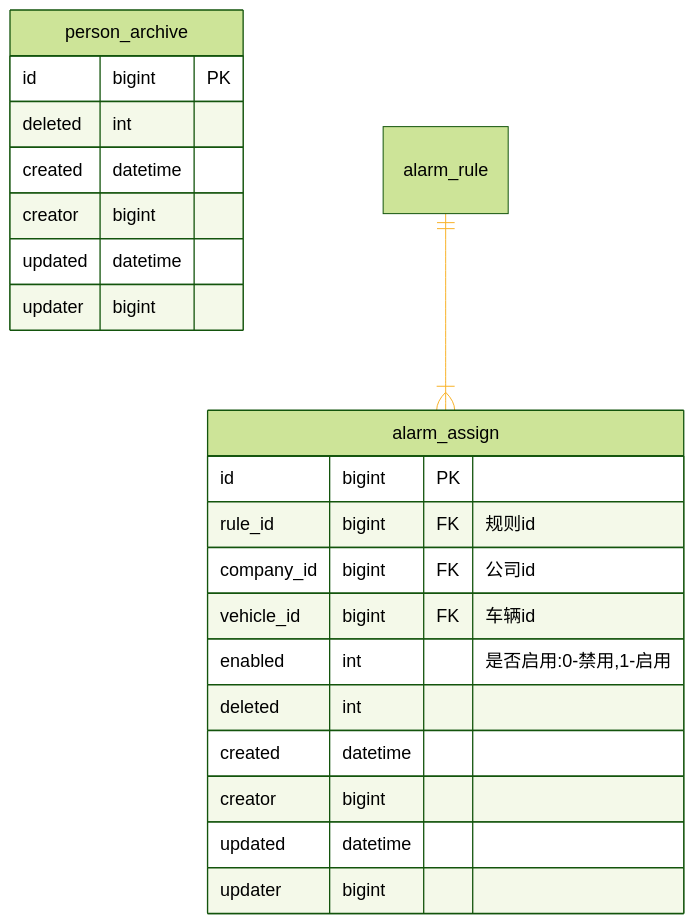
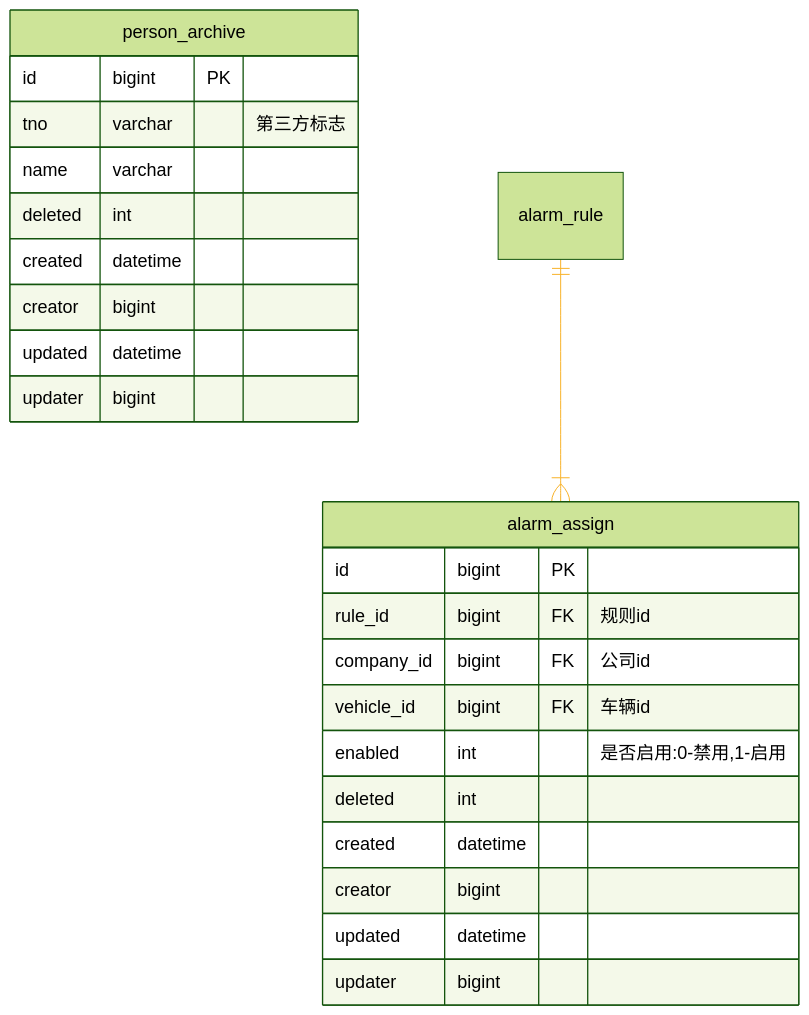
The diagram in ga/JQFX.md (luoyh/obsidian-sync), drawn with Mermaid before and after one commit.

Commit message:
vault backup: 2024-09-11 12:39:47

````diff
--- a/ga/JQFX.md
+++ b/ga/JQFX.md
@@ -4,42 +4,43 @@
 ```mermaid
 %%{
     init: {
         'theme': 'forest', 
         'themeVariables': { 
             'fontSize': '18px', 
             'fontFamily': 'Consolas',  
             'primaryColor': '#BB2528', 
             'primaryTextColor': '#fff', 
             'primaryBorderColor': '#7C0000', 
             'lineColor': '#F8B229', 
             'secondaryColor': '#006100', 
             'tertiaryColor': '#fff'
         }
     }
 }%%
 
 erDiagram
     person_archive {
         id bigint PK
-        
+        tno varchar "第三方标志"
+        name varchar ""
         deleted int
         created datetime
         creator bigint
         updated datetime
         updater bigint
     }    
     
     alarm_assign {
         id bigint PK
         rule_id bigint FK "规则id"
         company_id bigint FK "公司id"
         vehicle_id bigint FK "车辆id"
         enabled int "是否启用:0-禁用,1-启用"
         deleted int
         created datetime
         creator bigint
         updated datetime
         updater bigint
     }
     alarm_rule ||--|{ alarm_assign: ""
 ```
````
